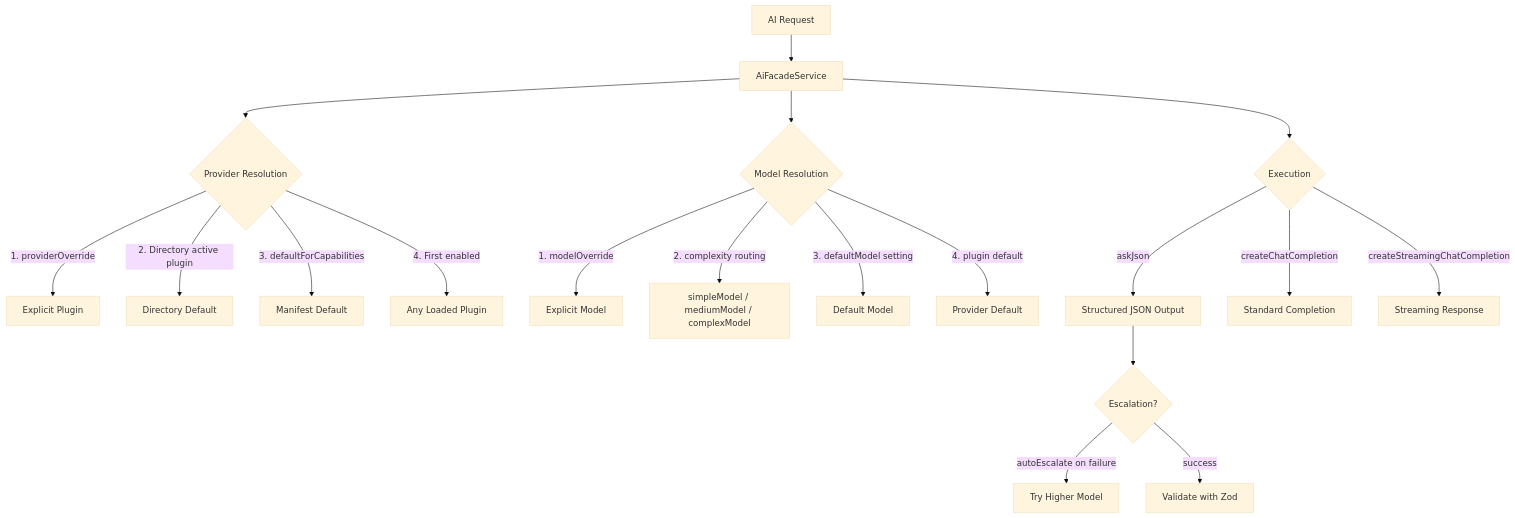
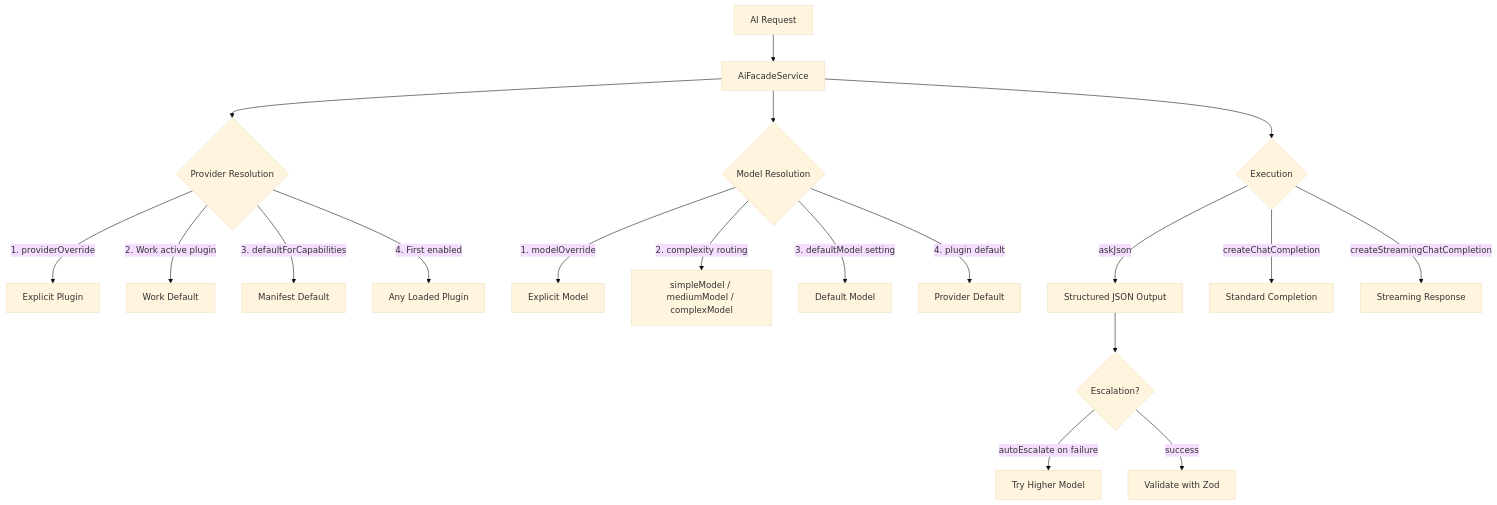
One commit to ever-works/ever-works changed the diagram in docs/advanced/ai-model-routing.md. Above: the diagram before and after it, drawn with Mermaid (base theme). The commit also changed other lines of this file and 395 other files, not shown here.

````diff
--- a/docs/advanced/ai-model-routing.md
+++ b/docs/advanced/ai-model-routing.md
@@ -16,25 +16,25 @@
 ```mermaid
 flowchart TD
     A[AI Request] --> B[AiFacadeService]
 
     B --> C{Provider Resolution}
     C -->|"1. providerOverride"| D[Explicit Plugin]
-    C -->|"2. Directory active plugin"| E[Directory Default]
+    C -->|"2. Work active plugin"| E[Work Default]
     C -->|"3. defaultForCapabilities"| F[Manifest Default]
     C -->|"4. First enabled"| G[Any Loaded Plugin]
 
     B --> H{Model Resolution}
     H -->|"1. modelOverride"| I[Explicit Model]
     H -->|"2. complexity routing"| J["simpleModel / mediumModel / complexModel"]
     H -->|"3. defaultModel setting"| K[Default Model]
     H -->|"4. plugin default"| L[Provider Default]
 
     B --> M{Execution}
     M -->|askJson| N[Structured JSON Output]
     M -->|createChatCompletion| O[Standard Completion]
     M -->|createStreamingChatCompletion| P[Streaming Response]
 
     N --> Q{Escalation?}
     Q -->|"autoEscalate on failure"| R[Try Higher Model]
     Q -->|"success"| S[Validate with Zod]
 ```
````
